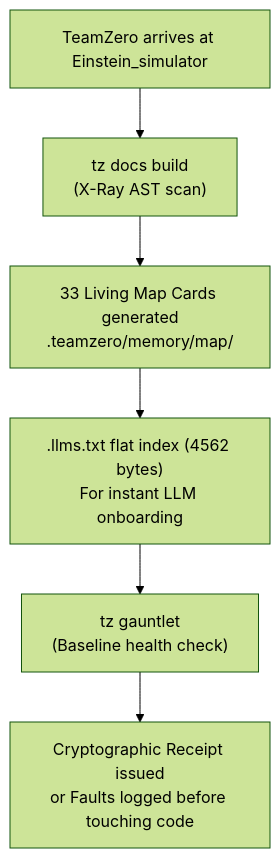
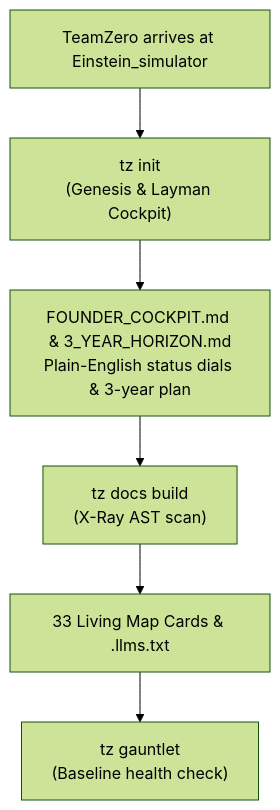
One commit to joker0210G/TeamZero changed the first of 4 diagrams in docs/HOW_TEAMZERO_WORKS_FROM_DAY1_TO_YEAR3.md. Above: the diagram before and after it, drawn with Mermaid (forest theme). The commit also changed other lines of this file and 6 other files, not shown here.

First line of the commit message:
feat(init): add founder cockpit and 3-year horizon generator

````diff
--- a/docs/HOW_TEAMZERO_WORKS_FROM_DAY1_TO_YEAR3.md
+++ b/docs/HOW_TEAMZERO_WORKS_FROM_DAY1_TO_YEAR3.md
@@ -43,8 +43,8 @@
 ```mermaid
 flowchart TD
-    A["TeamZero arrives at Einstein_simulator"] --> B["tz docs build\n(X-Ray AST scan)"]
-    B --> C["33 Living Map Cards generated\n.teamzero/memory/map/"]
-    C --> D[".llms.txt flat index (4562 bytes)\nFor instant LLM onboarding"]
-    D --> E["tz gauntlet\n(Baseline health check)"]
-    E --> F["Cryptographic Receipt issued\nor Faults logged before touching code"]
+    A["TeamZero arrives at Einstein_simulator"] --> B["tz init\n(Genesis & Layman Cockpit)"]
+    B --> C["FOUNDER_COCKPIT.md & 3_YEAR_HORIZON.md\nPlain-English status dials & 3-year plan"]
+    C --> D["tz docs build\n(X-Ray AST scan)"]
+    D --> E["33 Living Map Cards & .llms.txt"]
+    E --> F["tz gauntlet\n(Baseline health check)"]
 ```
````
